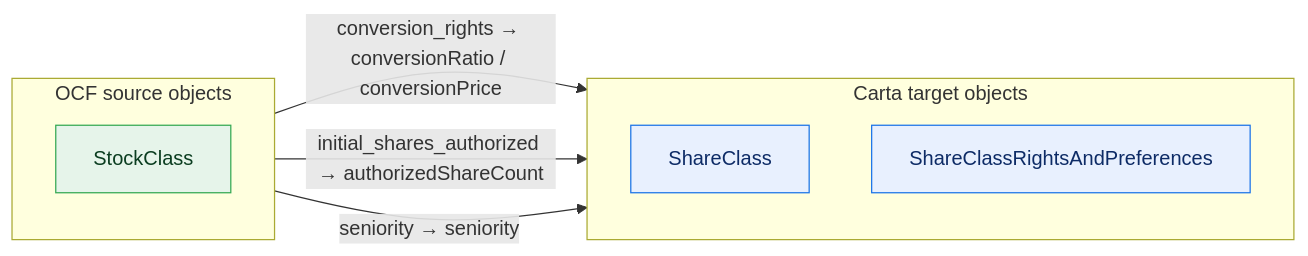
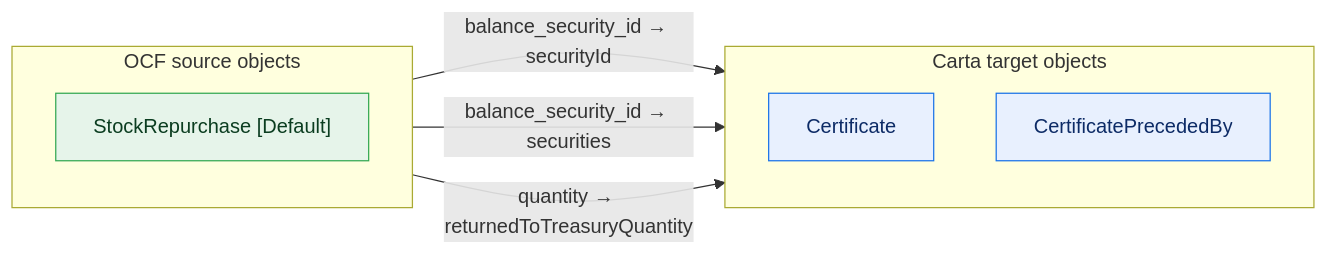
One commit to Open-Cap-Table-Coalition/OCF-Composed-Schemas changed the ninth of 28 diagrams in core-rich/core-upstream.md. Above: the diagram before and after it, drawn with Mermaid. The commit also changed other lines of this file and 33 other files, not shown here.

````diff
--- a/core-rich/core-upstream.md
+++ b/core-rich/core-upstream.md
@@ -64,19 +204,19 @@
 ```mermaid
 flowchart LR
   classDef adm fill:#e6f4ea,stroke:#34a853,color:#0b3d20;
   classDef notadm fill:#f1f3f4,stroke:#9aa0a6,color:#5f6368,stroke-dasharray:4 3;
   classDef carta fill:#e8f0fe,stroke:#1a73e8,color:#0d2b66;
   classDef sink fill:#fce8e6,stroke:#d93025,color:#5c0d06;
   subgraph SRC["OCF source objects"]
     direction TB
-    o0["StockClass"]:::adm
+    o0["StockRepurchase [Default]"]:::adm
   end
   subgraph TGT["Carta target objects"]
     direction TB
-    t0["ShareClass"]:::carta
-    t1["ShareClassRightsAndPreferences"]:::carta
+    t0["Certificate"]:::carta
+    t1["CertificatePrecededBy"]:::carta
   end
-  o0 -->|"conversion_rights → conversionRatio / conversionPrice"| t1
-  o0 -->|"initial_shares_authorized → authorizedShareCount"| t0
-  o0 -->|"seniority → seniority"| t0
+  o0 -->|"balance_security_id → securityId"| t0
+  o0 -->|"balance_security_id → securities"| t1
+  o0 -->|"quantity → returnedToTreasuryQuantity"| t0
 ```
````
